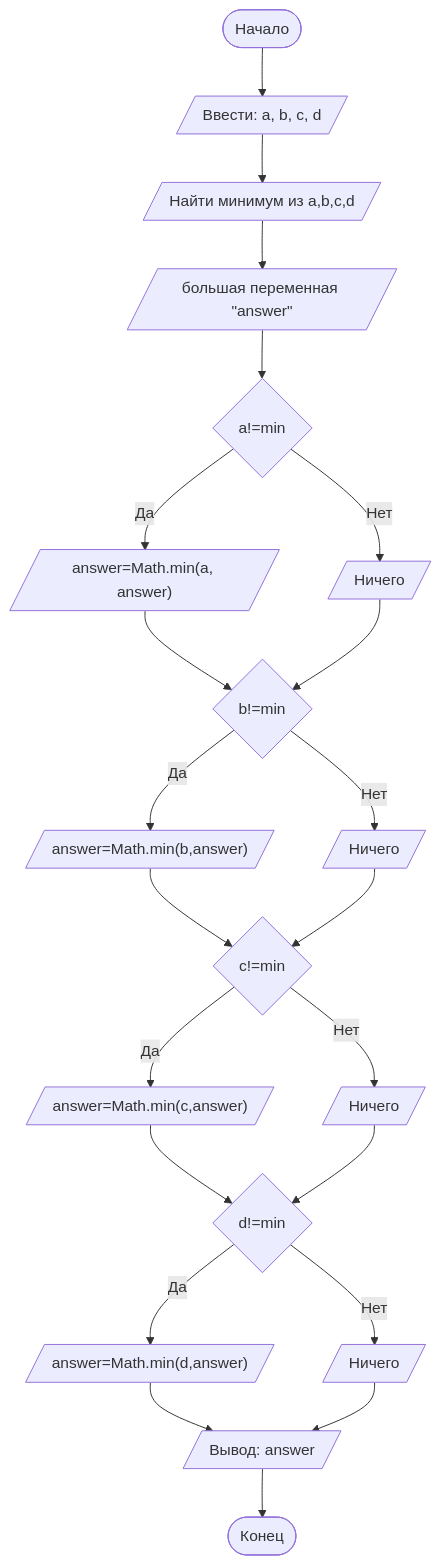
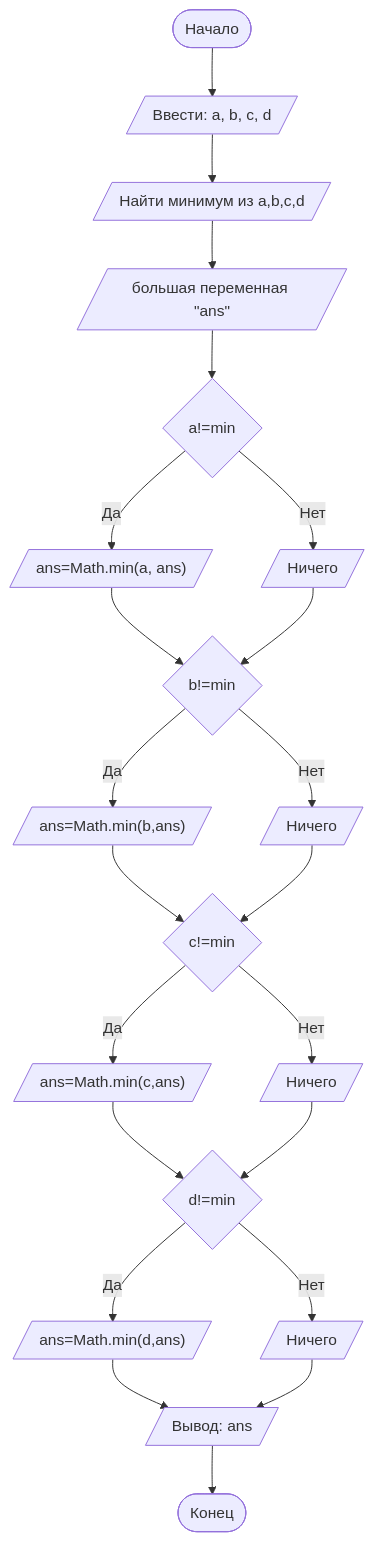
Before and after one commit to boob-eng/-SPSUE: the diagram in README.md, drawn with Mermaid.

````diff
--- a/README.md
+++ b/README.md
@@ -91,25 +91,25 @@
 ```mermaid
 graph TD
    A([Начало]) --> B[/Ввести: a, b, c, d/]
    B --> C[/Найти минимум из a,b,c,d/]
-   C --> D[/большая переменная "answer"/]
+   C --> D[/большая переменная "ans"/]
    D --> E{a!=min}
-   E -- Да --> F[/"answer=Math.min(a, answer)"/]
+   E -- Да --> F[/"ans=Math.min(a, ans)"/]
    E -- Нет --> G[/Ничего/]
    F --> H{b!=min}
    G --> H
-   H -- Да --> I[/"answer=Math.min(b,answer)"/]
+   H -- Да --> I[/"ans=Math.min(b,ans)"/]
    H -- Нет --> J[/Ничего/]
    I --> K{c!=min}
    J --> K
-   K -- Да --> L[/"answer=Math.min(c,answer)"/]
+   K -- Да --> L[/"ans=Math.min(c,ans)"/]
    K -- Нет --> M[/Ничего/]
    L --> N{d!=min}
    M --> N
-   N -- Да --> O[/"answer=Math.min(d,answer)"/]
+   N -- Да --> O[/"ans=Math.min(d,ans)"/]
    N -- Нет --> P[/Ничего/]
-   O --> Q[/Вывод: answer/]
+   O --> Q[/Вывод: ans/]
    P --> Q
    Q --> Z([Конец])
 
 ```
````
